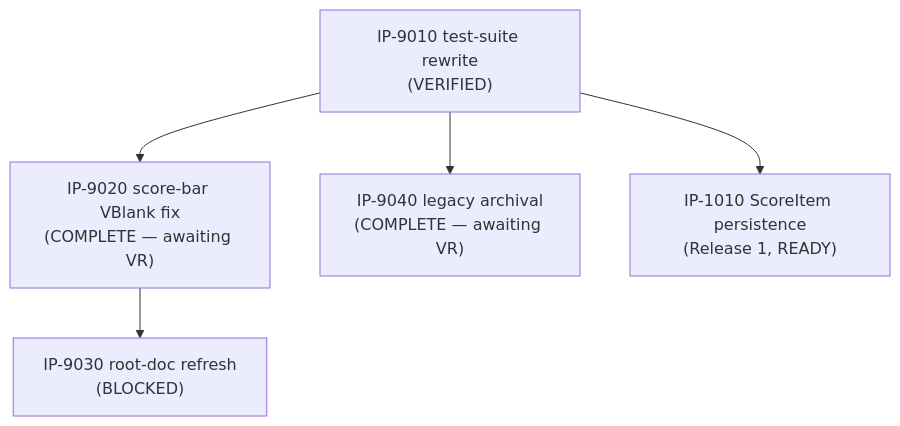
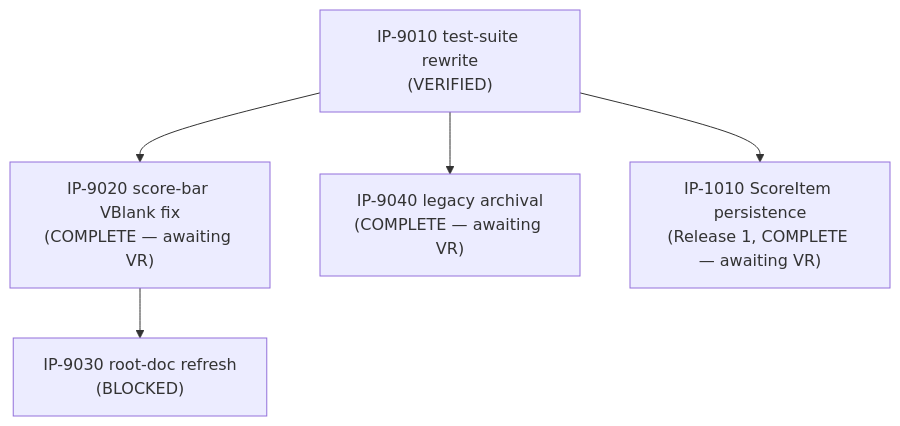
One commit to Zabin/RsGame changed the diagram in docs/implementation/00-master-build-plan.md. Above: the diagram before and after it, drawn with Mermaid. The commit also changed other lines of this file and 9 other files, not shown here.

````diff
--- a/docs/implementation/00-master-build-plan.md
+++ b/docs/implementation/00-master-build-plan.md
@@ -26,12 +26,12 @@
 ```mermaid
 graph TD
     IP9010["IP-9010 test-suite rewrite<br/>(VERIFIED)"]
     IP9020["IP-9020 score-bar VBlank fix<br/>(COMPLETE — awaiting VR)"]
     IP9030["IP-9030 root-doc refresh<br/>(BLOCKED)"]
     IP9040["IP-9040 legacy archival<br/>(COMPLETE — awaiting VR)"]
-    IP1010["IP-1010 ScoreItem persistence<br/>(Release 1, READY)"]
+    IP1010["IP-1010 ScoreItem persistence<br/>(Release 1, COMPLETE — awaiting VR)"]
     IP9010 --> IP9020
     IP9010 --> IP9040
     IP9010 --> IP1010
     IP9020 --> IP9030
 ```
````
